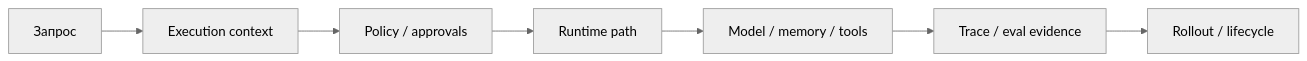
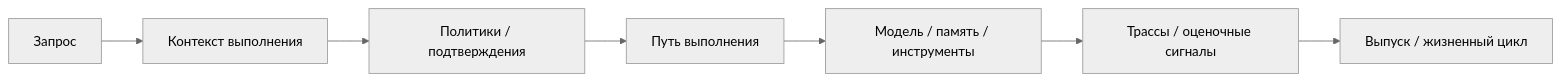
The diagram in docs/book/part-i/chapter-1.md (agent-axiom/agent-arch), drawn with Mermaid (neutral theme) before and after one commit. The commit also changed other lines of this file, not shown here.

Commit message:
docs: polish Russian chapter one evidence tail

````diff
--- a/docs/book/part-i/chapter-1.md
+++ b/docs/book/part-i/chapter-1.md
@@ -183,9 +183,9 @@
 ``` mermaid
 flowchart LR
-    A["Запрос"] --> B["Execution context"]
-    B --> C["Policy / approvals"]
-    C --> D["Runtime path"]
-    D --> E["Model / memory / tools"]
-    E --> F["Trace / eval evidence"]
-    F --> G["Rollout / lifecycle"]
+    A["Запрос"] --> B["Контекст выполнения"]
+    B --> C["Политики / подтверждения"]
+    C --> D["Путь выполнения"]
+    D --> E["Модель / память / инструменты"]
+    E --> F["Трассы / оценочные сигналы"]
+    F --> G["Выпуск / жизненный цикл"]
 ```
````
